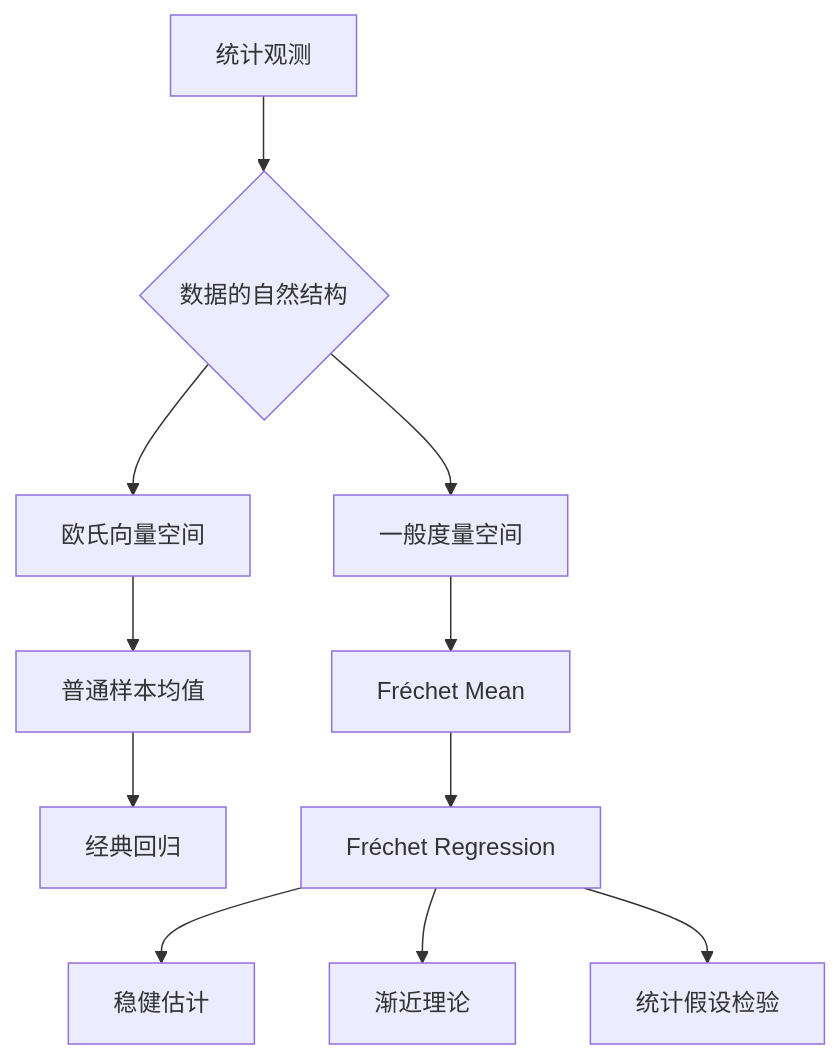
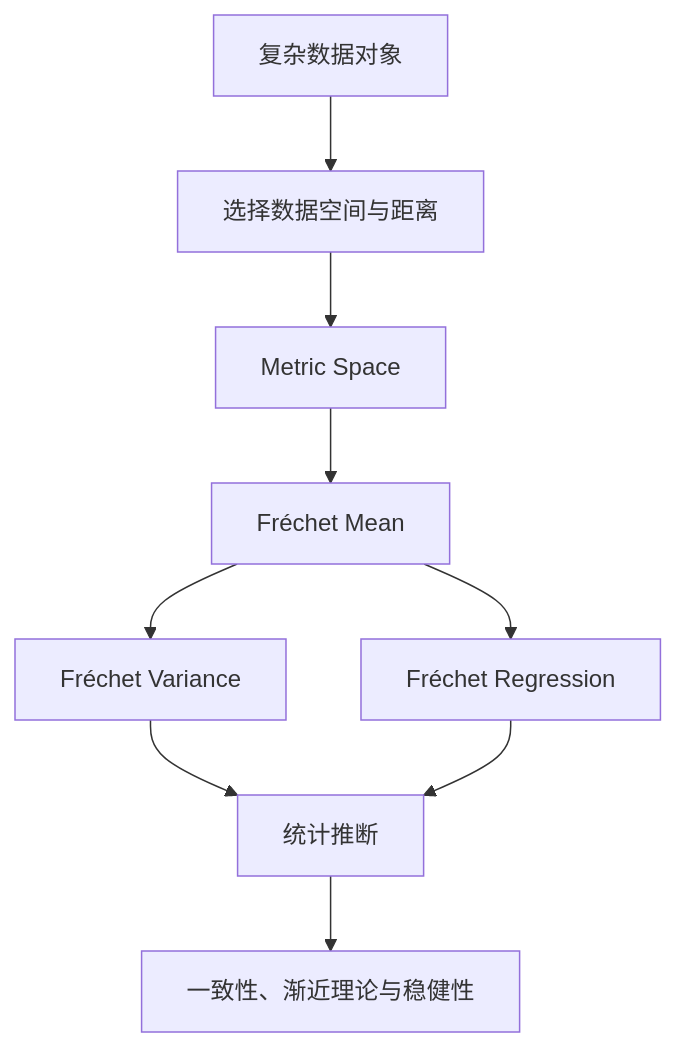
One commit to Salty-yeah-888/non-euclidean-statistics-notes changed the first of 2 diagrams in issues/001-metric-spaces.md. Above: the diagram before and after it, drawn with Mermaid. The commit also changed other lines of this file, not shown here.

````diff
--- a/issues/001-metric-spaces.md
+++ b/issues/001-metric-spaces.md
@@ -231,17 +279,11 @@
 ```mermaid
 flowchart TD
-    A["统计观测"] --> B{"数据的自然结构"}
-
-    B --> C["欧氏向量空间"]
-    B --> D["一般度量空间"]
-
-    C --> E["普通样本均值"]
-    D --> F["Fréchet Mean"]
-
-    E --> G["经典回归"]
-    F --> H["Fréchet Regression"]
-
-    H --> I["稳健估计"]
-    H --> J["渐近理论"]
-    H --> K["统计假设检验"]
+    A["复杂数据对象"] --> B["选择数据空间与距离"]
+    B --> C["Metric Space"]
+    C --> D["Fréchet Mean"]
+    D --> E["Fréchet Variance"]
+    D --> F["Fréchet Regression"]
+    E --> G["统计推断"]
+    F --> G
+    G --> H["一致性、渐近理论与稳健性"]
 ```
````
